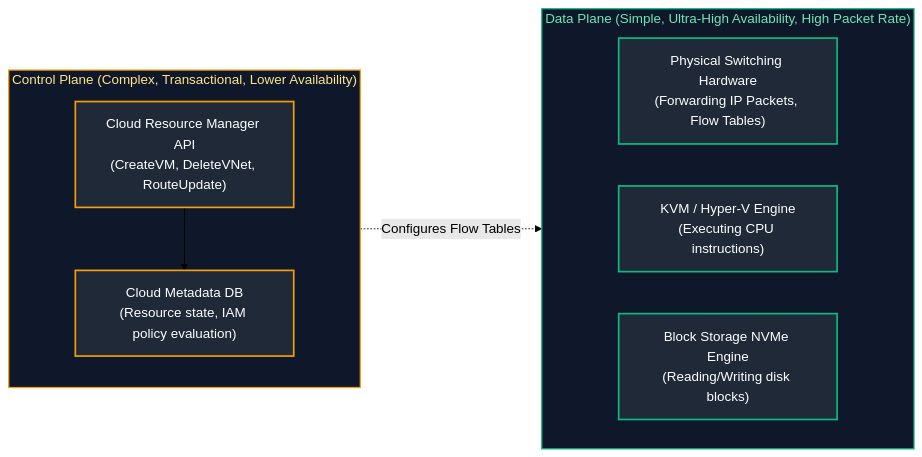
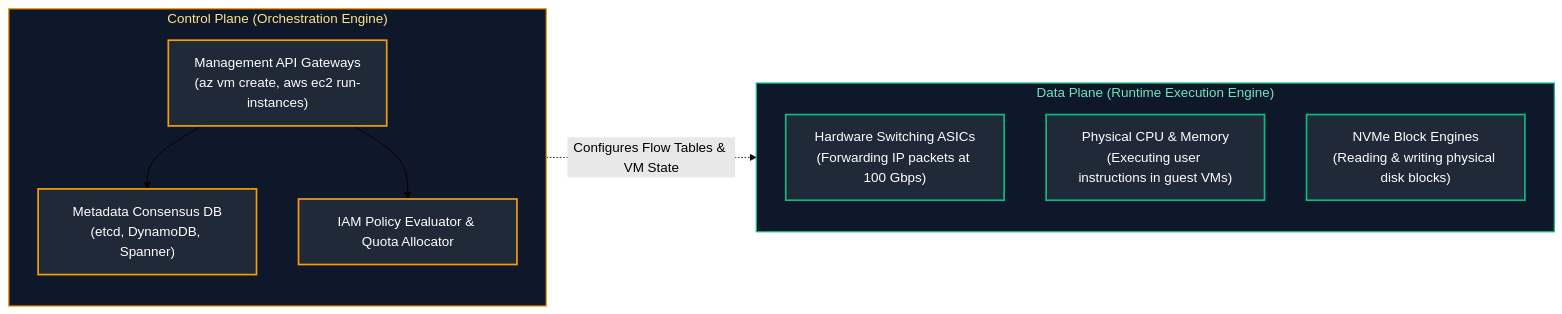
Before and after one commit to joydeep-biswas/Interview-Preparation: the seventh of 10 diagrams in Cloud Engineering/03_cloud_fundamentals_and_architecture.md, drawn with Mermaid (forest theme). The commit also changed other lines of this file and 143 other files, not shown here.

````diff
--- a/Cloud Engineering/03_cloud_fundamentals_and_architecture.md
+++ b/Cloud Engineering/03_cloud_fundamentals_and_architecture.md
@@ -188,25 +340,29 @@
 ```mermaid
 flowchart LR
-    subgraph ControlPlane ["Control Plane (Complex, Transactional, Lower Availability)"]
-        API["Cloud Resource Manager API<br/>(CreateVM, DeleteVNet, RouteUpdate)"]
-        DB["Cloud Metadata DB<br/>(Resource state, IAM policy evaluation)"]
-        API --> DB
+    subgraph ControlPlane ["Control Plane (Orchestration Engine)"]
+        direction TB
+        CP_API["Management API Gateways<br/>(az vm create, aws ec2 run-instances)"]
+        CP_DB["Metadata Consensus DB<br/>(etcd, DynamoDB, Spanner)"]
+        CP_Rules["IAM Policy Evaluator & Quota Allocator"]
+        CP_API --> CP_DB
+        CP_API --> CP_Rules
     end
 
-    subgraph DataPlane ["Data Plane (Simple, Ultra-High Availability, High Packet Rate)"]
-        direction LR
-        Router["Physical Switching Hardware<br/>(Forwarding IP Packets, Flow Tables)"]
-        Hypervisor["KVM / Hyper-V Engine<br/>(Executing CPU instructions)"]
-        StorageEngine["Block Storage NVMe Engine<br/>(Reading/Writing disk blocks)"]
+    subgraph DataPlane ["Data Plane (Runtime Execution Engine)"]
+        direction TB
+        DP_Net["Hardware Switching ASICs<br/>(Forwarding IP packets at 100 Gbps)"]
+        DP_Compute["Physical CPU & Memory<br/>(Executing user instructions in guest VMs)"]
+        DP_Storage["NVMe Block Engines<br/>(Reading & writing physical disk blocks)"]
     end
 
-    ControlPlane -.->|"Configures Flow Tables"| DataPlane
+    ControlPlane -.->|"Configures Flow Tables & VM State"| DataPlane
 
     style ControlPlane fill:#0f172a,stroke:#f59e0b,stroke-width:1.5px,color:#fde68a
     style DataPlane fill:#0f172a,stroke:#10b981,stroke-width:1.5px,color:#6ee7b7
-    style API fill:#1f2937,stroke:#f59e0b,stroke-width:2px,color:#fff
-    style DB fill:#1f2937,stroke:#f59e0b,stroke-width:2px,color:#fff
-    style Router fill:#1f2937,stroke:#10b981,stroke-width:2px,color:#fff
-    style Hypervisor fill:#1f2937,stroke:#10b981,stroke-width:2px,color:#fff
-    style StorageEngine fill:#1f2937,stroke:#10b981,stroke-width:2px,color:#fff
+    style CP_API fill:#1f2937,stroke:#f59e0b,stroke-width:2px,color:#fff
+    style CP_DB fill:#1f2937,stroke:#f59e0b,stroke-width:2px,color:#fff
+    style CP_Rules fill:#1f2937,stroke:#f59e0b,stroke-width:2px,color:#fff
+    style DP_Net fill:#1f2937,stroke:#10b981,stroke-width:2px,color:#fff
+    style DP_Compute fill:#1f2937,stroke:#10b981,stroke-width:2px,color:#fff
+    style DP_Storage fill:#1f2937,stroke:#10b981,stroke-width:2px,color:#fff
 ```
````
